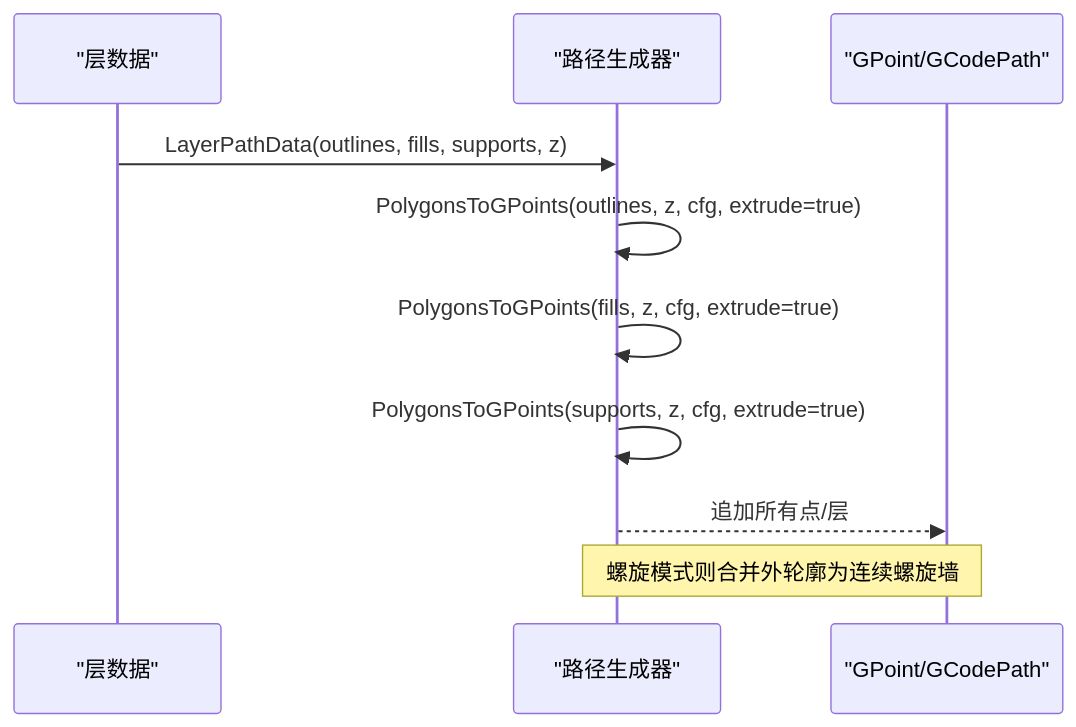
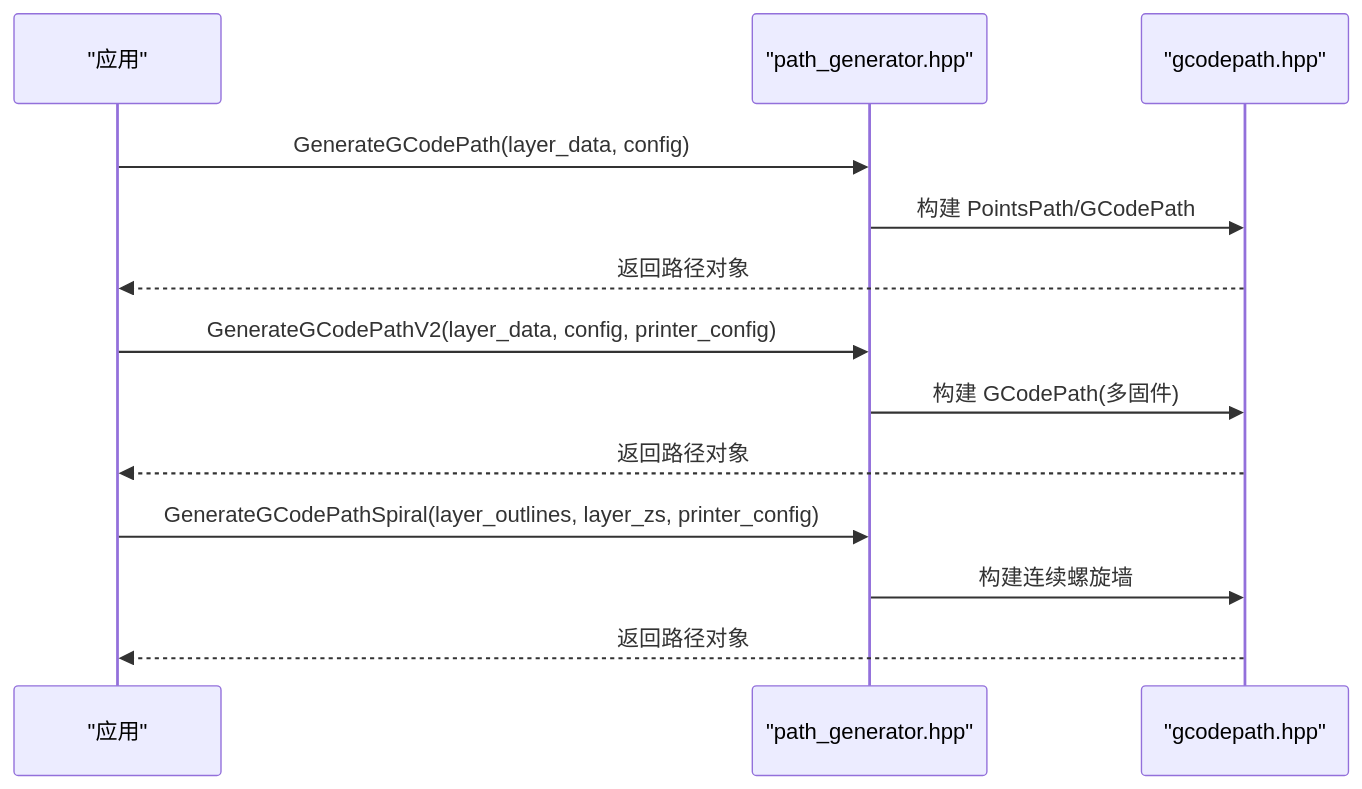
The sixth of 8 diagrams in .qoder/repowiki/zh/content/核心模块详解/核心模块详解.md (hsmbanlance/HsBaSlicer), drawn with Mermaid before and after one commit. The commit also changed other lines of this file and 1135 other files, not shown here.

````diff
--- a/.qoder/repowiki/zh/content/核心模块详解/核心模块详解.md
+++ b/.qoder/repowiki/zh/content/核心模块详解/核心模块详解.md
@@ -305,12 +337,15 @@
 ```mermaid
 sequenceDiagram
-participant L as "层数据"
-participant P as "路径生成器"
-participant G as "GPoint/GCodePath"
-L->>P : LayerPathData(outlines, fills, supports, z)
-P->>P : PolygonsToGPoints(outlines, z, cfg, extrude=true)
-P->>P : PolygonsToGPoints(fills, z, cfg, extrude=true)
-P->>P : PolygonsToGPoints(supports, z, cfg, extrude=true)
-P-->>G : 追加所有点/层
-Note over P,G : 螺旋模式则合并外轮廓为连续螺旋墙
+participant App as "应用"
+participant PG as "path_generator.hpp"
+participant GP as "gcodepath.hpp"
+App->>PG : GenerateGCodePath(layer_data, config)
+PG->>GP : 构建 PointsPath/GCodePath
+GP-->>App : 返回路径对象
+App->>PG : GenerateGCodePathV2(layer_data, config, printer_config)
+PG->>GP : 构建 GCodePath(多固件)
+GP-->>App : 返回路径对象
+App->>PG : GenerateGCodePathSpiral(layer_outlines, layer_zs, printer_config)
+PG->>GP : 构建连续螺旋墙
+GP-->>App : 返回路径对象
 ```
````
